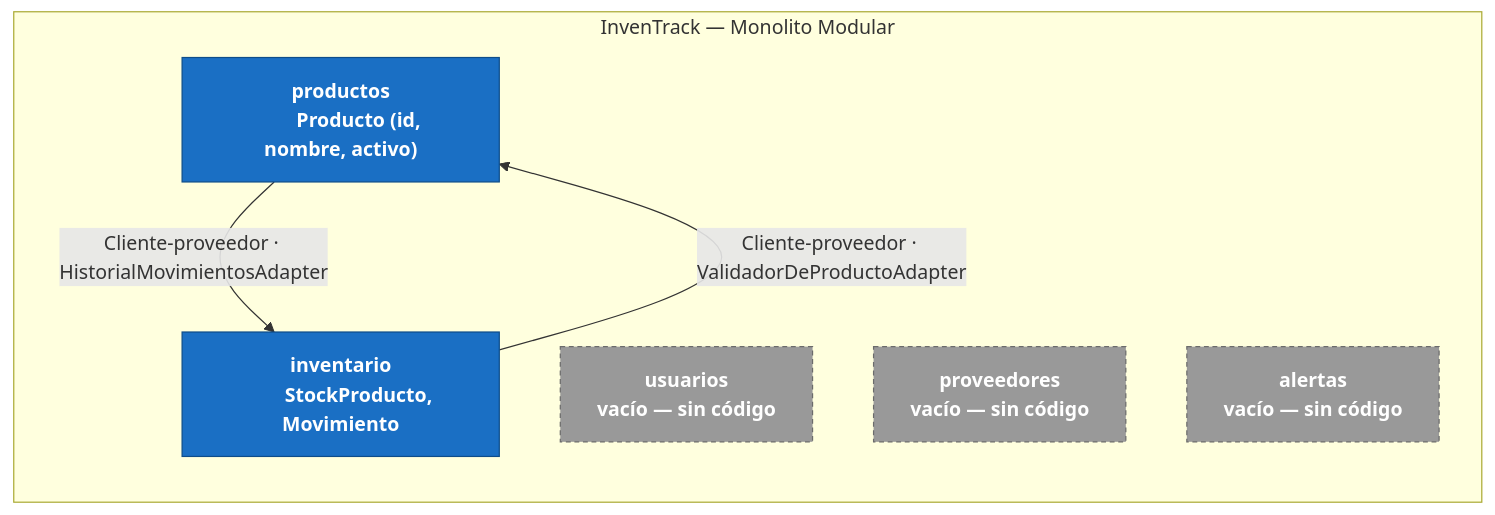
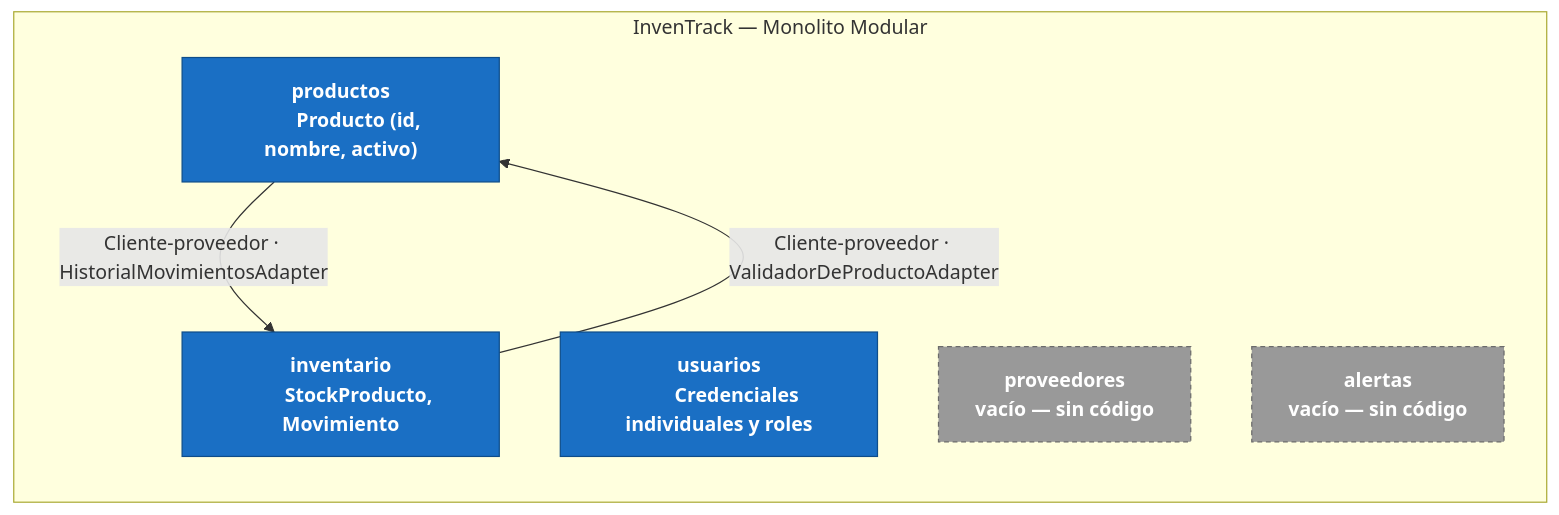
Before and after one commit to ISCOUTB/AS_202620_InvenTrack: the diagram in docs/context-map.md, drawn with Mermaid. The commit also changed other lines of this file and 28 other files, not shown here.

````diff
--- a/docs/context-map.md
+++ b/docs/context-map.md
@@ -8,24 +8,24 @@
 ```mermaid
 flowchart LR
     subgraph InvenTrack["InvenTrack — Monolito Modular"]
         Productos["productos
         Producto (id, nombre, activo)"]
         Inventario["inventario
         StockProducto, Movimiento"]
         Usuarios["usuarios
-        vacío — sin código"]
+        Credenciales individuales y roles"]
         Proveedores["proveedores
         vacío — sin código"]
         Alertas["alertas
         vacío — sin código"]
     end
 
     Productos -- "Cliente-proveedor · HistorialMovimientosAdapter" --> Inventario
     Inventario -- "Cliente-proveedor · ValidadorDeProductoAdapter" --> Productos
 
     classDef implementado fill:#1a6fc4,stroke:#0e4d8a,color:#ffffff,font-weight:bold
     classDef vacio fill:#999999,stroke:#6b6b6b,color:#ffffff,font-weight:bold,stroke-dasharray: 4 3
 
-    class Productos,Inventario implementado
-    class Usuarios,Proveedores,Alertas vacio
+    class Productos,Inventario,Usuarios implementado
+    class Proveedores,Alertas vacio
 ```
````
